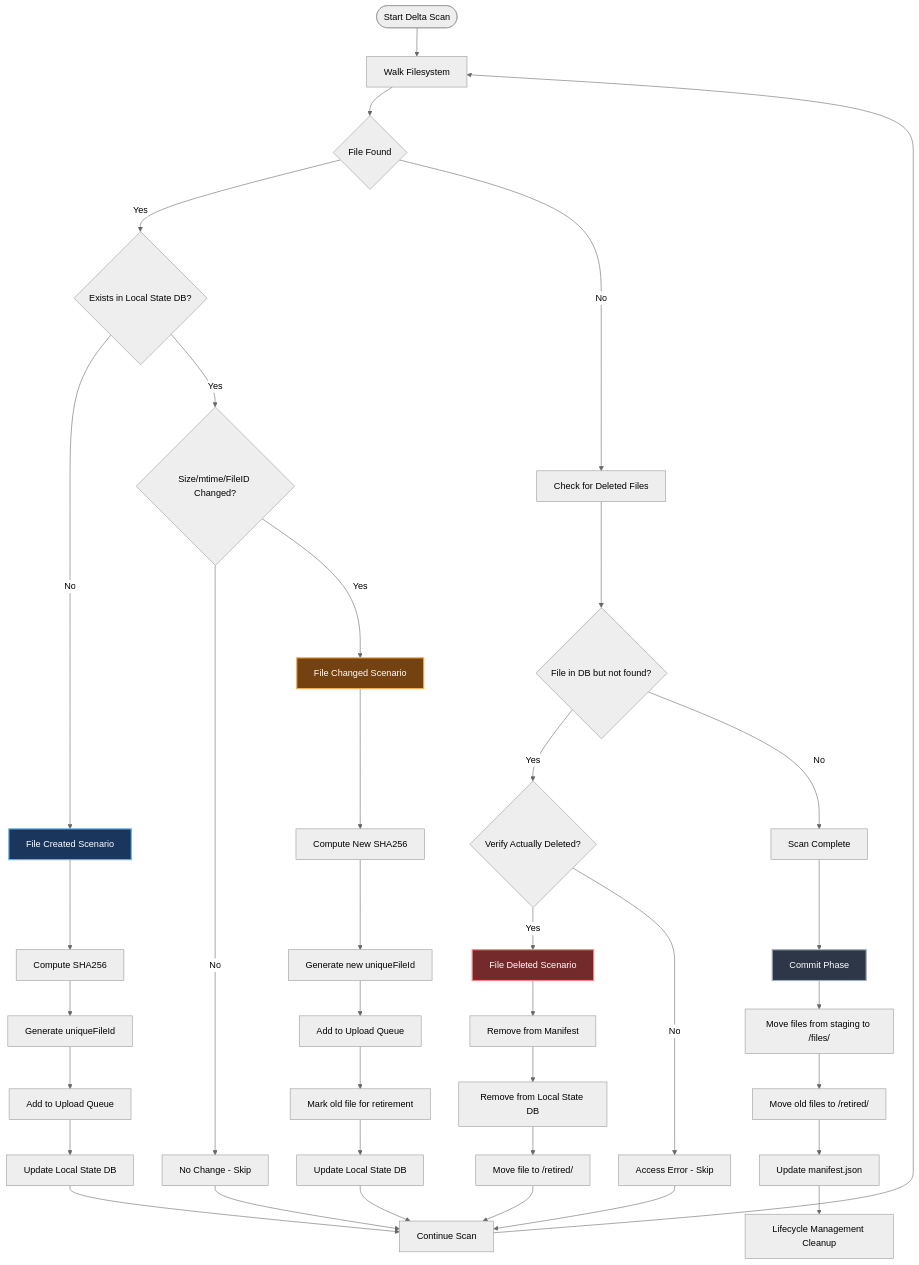
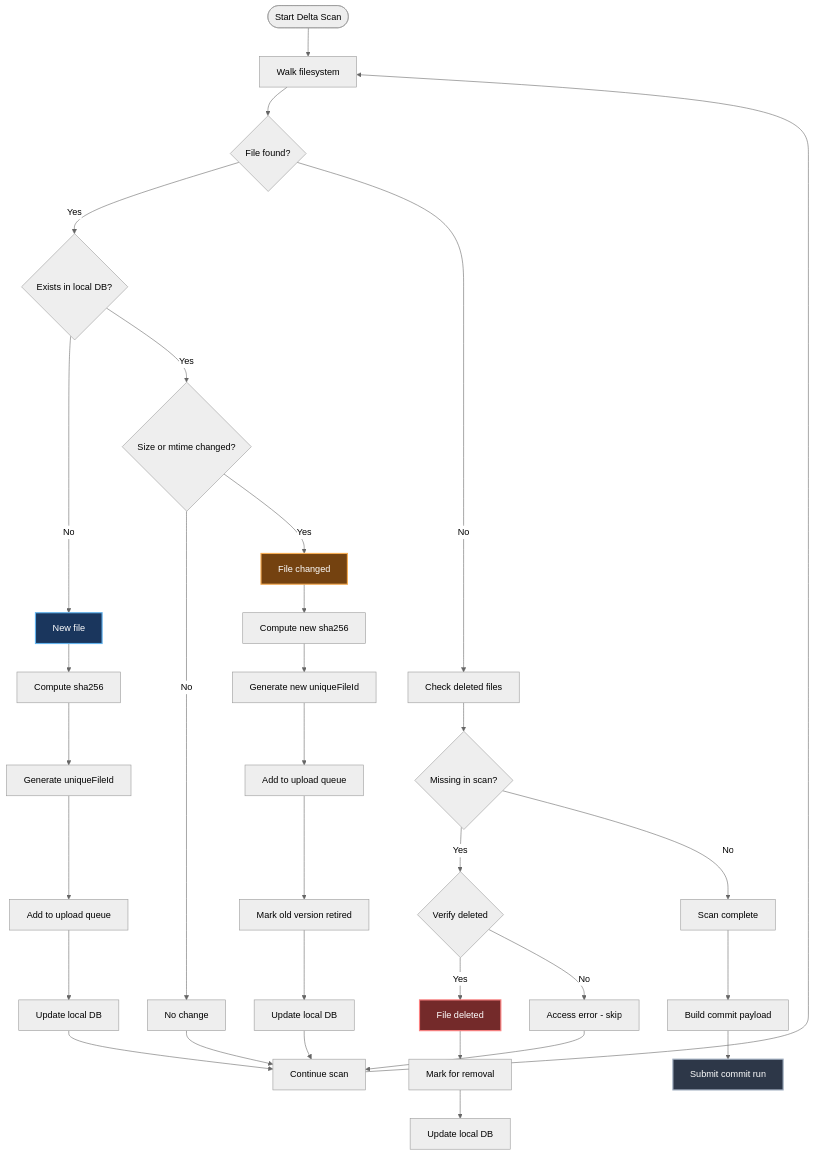
One commit to FlorisDeVries/stowhaven changed the third of 3 diagrams in doc/TECHNICAL_DESIGN.md. Above: the diagram before and after it, drawn with Mermaid (neutral theme). The commit also changed other lines of this file and 9 other files, not shown here.

````diff
--- a/doc/TECHNICAL_DESIGN.md
+++ b/doc/TECHNICAL_DESIGN.md
@@ -118,54 +204,49 @@
 ```mermaid
 flowchart TD
-    Start([Start Delta Scan]) --> Walk[Walk Filesystem]
-    Walk --> FileFound{File Found}
+    Start([Start Delta Scan]) --> Walk[Walk filesystem]
+    Walk --> FileFound{File found?}
     
-    FileFound -->|Yes| InLocalDB{Exists in Local State DB?}
-    FileFound -->|No| CheckMissing[Check for Deleted Files]
+    FileFound -->|Yes| InLocalDB{Exists in local DB?}
+    FileFound -->|No| CheckMissing[Check deleted files]
     
-    InLocalDB -->|No| NewFile[File Created Scenario]
-    InLocalDB -->|Yes| CompareMetadata{Size/mtime/FileID Changed?}
+    InLocalDB -->|No| NewFile[New file]
+    InLocalDB -->|Yes| CompareMetadata{Size or mtime changed?}
     
-    CompareMetadata -->|No| NoChange[No Change - Skip]
-    CompareMetadata -->|Yes| ChangedFile[File Changed Scenario]
+    CompareMetadata -->|No| NoChange[No change]
+    CompareMetadata -->|Yes| ChangedFile[File changed]
     
-    NewFile --> ComputeHash1[Compute SHA256]
+    NewFile --> ComputeHash1[Compute sha256]
     ComputeHash1 --> GenerateID1[Generate uniqueFileId]
-    GenerateID1 --> AddToQueue1[Add to Upload Queue]
-    AddToQueue1 --> UpdateLocalDB1[Update Local State DB]
+    GenerateID1 --> AddToQueue1[Add to upload queue]
+    AddToQueue1 --> UpdateLocalDB1[Update local DB]
     
-    ChangedFile --> ComputeHash2[Compute New SHA256]
+    ChangedFile --> ComputeHash2[Compute new sha256]
     ComputeHash2 --> GenerateID2[Generate new uniqueFileId]
-    GenerateID2 --> AddToQueue2[Add to Upload Queue]
-    AddToQueue2 --> MarkOldRetired[Mark old file for retirement]
-    MarkOldRetired --> UpdateLocalDB2[Update Local State DB]
+    GenerateID2 --> AddToQueue2[Add to upload queue]
+    AddToQueue2 --> MarkOldRetired[Mark old version retired]
+    MarkOldRetired --> UpdateLocalDB2[Update local DB]
     
-    CheckMissing --> CompareDB{File in DB but not found?}
-    CompareDB -->|Yes| VerifyDeleted{Verify Actually Deleted?}
-    CompareDB -->|No| Complete[Scan Complete]
+    CheckMissing --> CompareDB{Missing in scan?}
+    CompareDB -->|Yes| VerifyDeleted{Verify deleted}
+    CompareDB -->|No| Complete[Scan complete]
     
-    VerifyDeleted -->|Yes| DeletedFile[File Deleted Scenario]
-    VerifyDeleted -->|No| AccessError[Access Error - Skip]
+    VerifyDeleted -->|Yes| DeletedFile[File deleted]
+    VerifyDeleted -->|No| AccessError[Access error - skip]
     
-    DeletedFile --> RemoveFromManifest[Remove from Manifest]
-    RemoveFromManifest --> RemoveFromDB[Remove from Local State DB]
-    RemoveFromDB --> MoveToRetired[Move file to /retired/]
+    DeletedFile --> MarkForRemoval[Mark for removal]
+    MarkForRemoval --> RemoveFromDB[Update local DB]
     
-    NoChange --> Continue[Continue Scan]
+    NoChange --> Continue[Continue scan]
     UpdateLocalDB1 --> Continue
     UpdateLocalDB2 --> Continue
-    MoveToRetired --> Continue
     AccessError --> Continue
     Continue --> Walk
     
-    Complete --> CommitPhase[Commit Phase]
-    CommitPhase --> MoveFromStaging[Move files from staging to /files/]
-    MoveFromStaging --> RetireOldFiles[Move old files to /retired/]
-    RetireOldFiles --> WriteManifest[Update manifest.json]
-    WriteManifest --> LifecycleCleanup[Lifecycle Management Cleanup]
-    
+    Complete --> BuildCommit[Build commit payload]
+    BuildCommit --> SubmitCommit[Submit commit run]
+
     style NewFile fill:#1a365d,stroke:#63b3ed,stroke-width:2px,color:#ffffff
     style ChangedFile fill:#744210,stroke:#f6ad55,stroke-width:2px,color:#ffffff
     style DeletedFile fill:#742a2a,stroke:#fc8181,stroke-width:2px,color:#ffffff
-    style CommitPhase fill:#2d3748,stroke:#a0aec0,stroke-width:2px,color:#ffffff
+    style SubmitCommit fill:#2d3748,stroke:#a0aec0,stroke-width:2px,color:#ffffff
 ```
````
